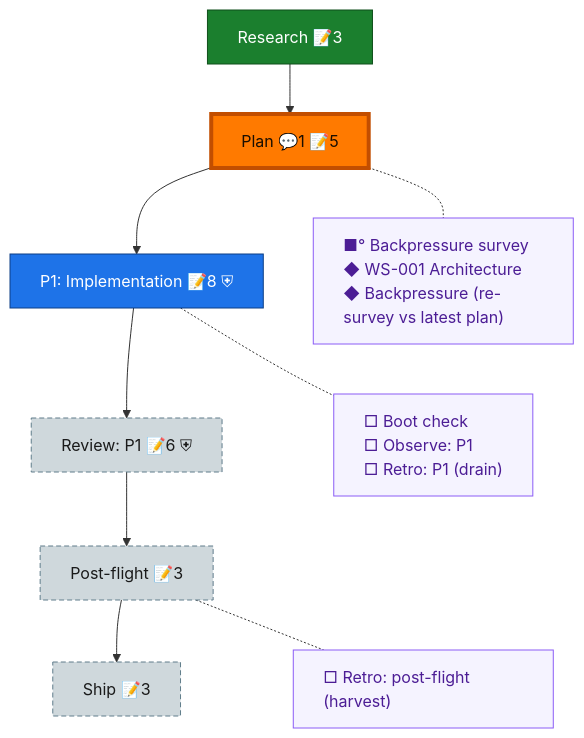
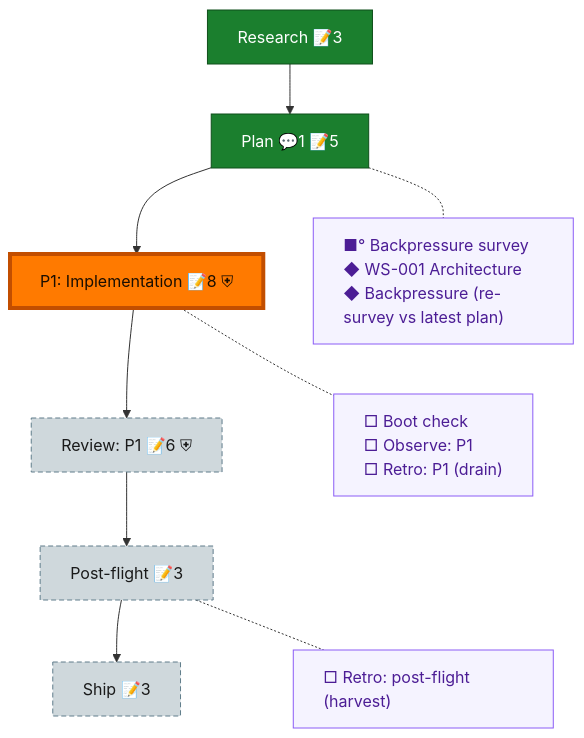
Before and after one commit to AI-Substrate/flowspace3: the diagram in docs/plans/001-fs3-foundations/the-flow.md, drawn with Mermaid. The commit also changed other lines of this file and 1 other file, not shown here.

Commit message:
flow: nav to phase-1 in_progress (CLI-written)

````diff
--- a/docs/plans/001-fs3-foundations/the-flow.md
+++ b/docs/plans/001-fs3-foundations/the-flow.md
@@ -8,30 +8,30 @@
 ```mermaid
 flowchart TD
     research["Research 📝3"]:::done
     plan["Plan 💬1 📝5"]:::done
-    phase_1["P1: Implementation 📝8 ⛨"]:::known
+    phase_1["P1: Implementation 📝8 ⛨"]:::wip
     review_1["Review: P1 📝6 ⛨"]:::assumed
     post_flight["Post-flight 📝3"]:::assumed
     ship["Ship 📝3"]:::assumed
 
     research --> plan --> phase_1 --> review_1 --> post_flight --> ship
 
     planC["■° Backpressure survey<br/>◆ WS-001 Architecture<br/>◆ Backpressure (re-survey vs latest plan)"]:::chore
     phase_1C["□ Boot check<br/>□ Observe: P1<br/>□ Retro: P1 (drain)"]:::chore
     post_flightC["□ Retro: post-flight (harvest)"]:::chore
 
     %% invisible chain holds the gutter boxes in their own column
     planC ~~~ phase_1C ~~~ post_flightC
 
     %% dotted links pull each gutter box beside its node
     plan -.- planC
     phase_1 -.- phase_1C
     post_flight -.- post_flightC
 
     classDef done fill:#1B7F2E,stroke:#0F4F1B,color:#fff;
-    classDef known fill:#1E73E8,stroke:#0D3F86,color:#fff;
+    classDef wip fill:#43C04A,stroke:#1B7F2E,color:#04210A;
     classDef assumed fill:#CFD8DC,stroke:#607D8B,color:#1a1a1a,stroke-dasharray:5 3;
     classDef chore fill:#f5f3ff,stroke:#8b5cf6,color:#4c1d95,text-align:left;
     classDef current fill:#FF7A00,stroke:#C24E00,color:#1a0e00,stroke-width:4px;
-    class plan current;
+    class phase_1 current;
 ```
````
